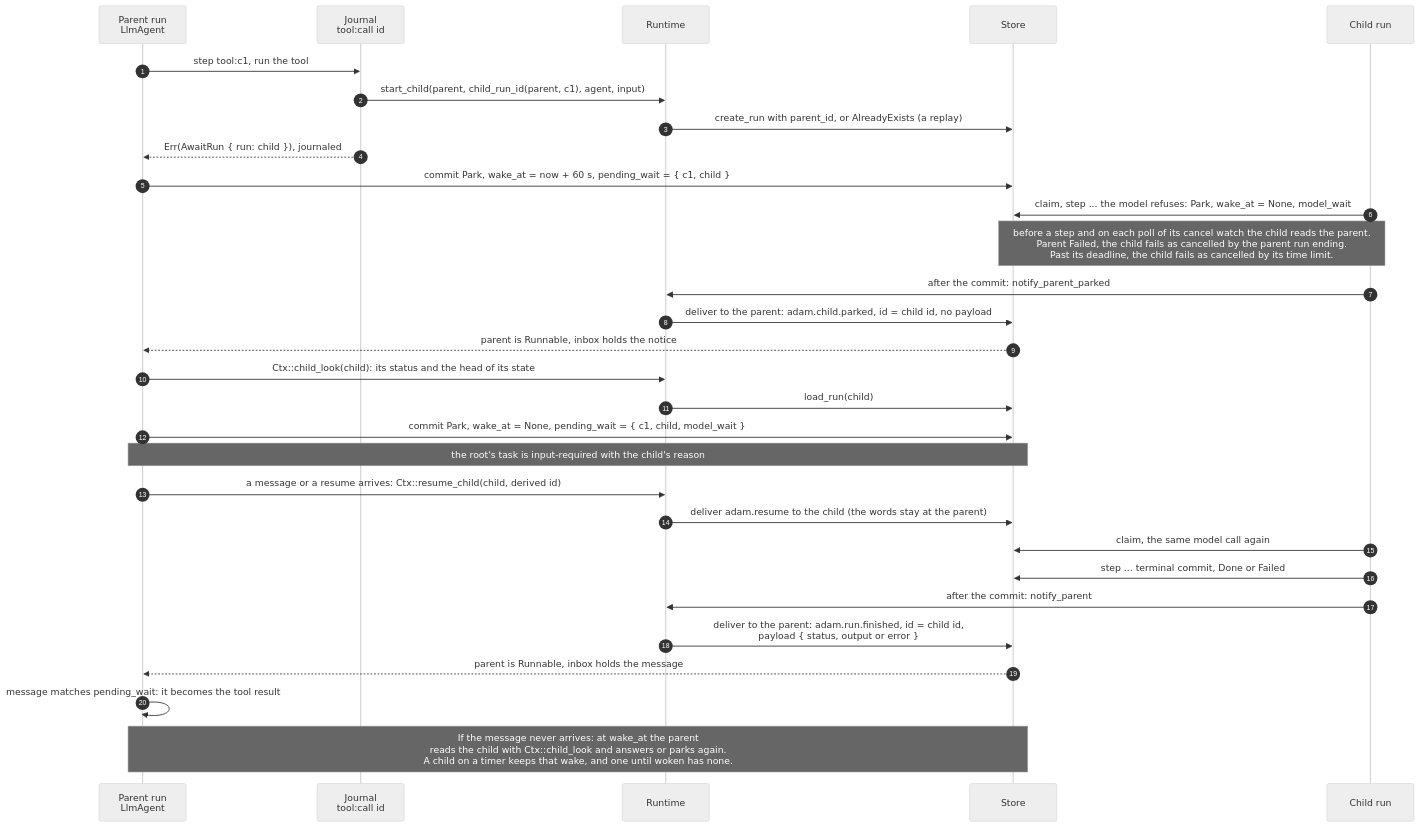
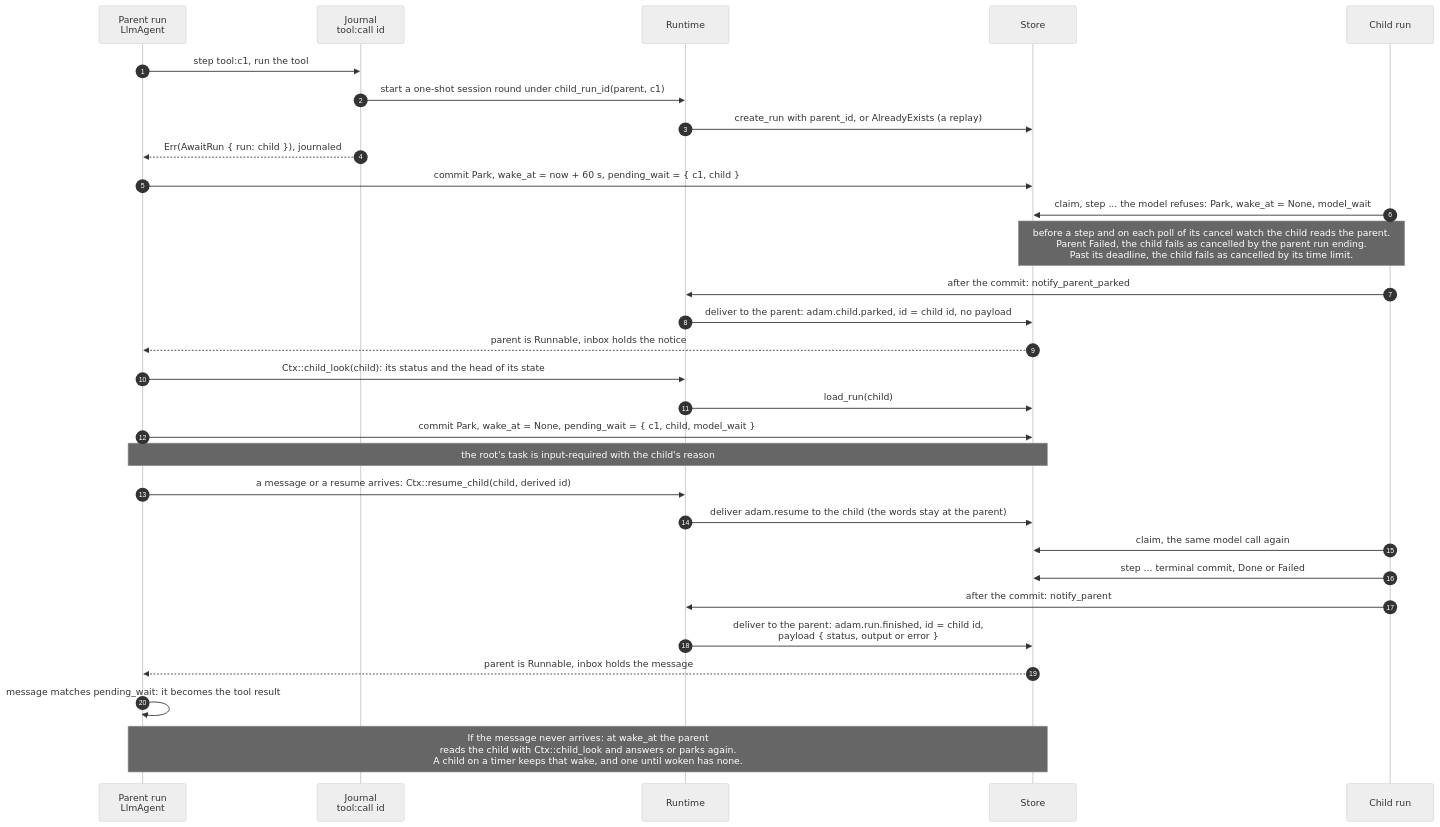
Diagram 21 of 28 in docs/architecture.md (vymalo/another-adam-rs), drawn with Mermaid (neutral theme) before and after one commit. The commit also changed other lines of this file and 18 other files, not shown here.

First line of the commit message:
feat(subagents): a subagent's own tool starts a one-shot session (ADR 0087 slice C1)

````diff
--- a/docs/architecture.md
+++ b/docs/architecture.md
@@ -1368,33 +1382,33 @@
 ```mermaid
 sequenceDiagram
     autonumber
     participant P as Parent run<br/>LlmAgent
     participant J as Journal<br/>tool:call id
     participant R as Runtime
     participant DB as Store
     participant C as Child run
 
     P->>J: step tool:c1, run the tool
-    J->>R: start_child(parent, child_run_id(parent, c1), agent, input)
+    J->>R: start a one-shot session round under child_run_id(parent, c1)
     R->>DB: create_run with parent_id, or AlreadyExists (a replay)
     J-->>P: Err(AwaitRun { run: child }), journaled
     P->>DB: commit Park, wake_at = now + 60 s, pending_wait = { c1, child }
     C->>DB: claim, step ... the model refuses: Park, wake_at = None, model_wait
     Note over C,DB: before a step and on each poll of its cancel watch the child reads the parent.<br/>Parent Failed, the child fails as cancelled by the parent run ending.<br/>Past its deadline, the child fails as cancelled by its time limit.
     C->>R: after the commit: notify_parent_parked
     R->>DB: deliver to the parent: adam.child.parked, id = child id, no payload
     DB-->>P: parent is Runnable, inbox holds the notice
     P->>R: Ctx::child_look(child): its status and the head of its state
     R->>DB: load_run(child)
     P->>DB: commit Park, wake_at = None, pending_wait = { c1, child, model_wait }
     Note over P,DB: the root's task is input-required with the child's reason
     P->>R: a message or a resume arrives: Ctx::resume_child(child, derived id)
     R->>DB: deliver adam.resume to the child (the words stay at the parent)
     C->>DB: claim, the same model call again
     C->>DB: step ... terminal commit, Done or Failed
     C->>R: after the commit: notify_parent
     R->>DB: deliver to the parent: adam.run.finished, id = child id,<br/>payload { status, output or error }
     DB-->>P: parent is Runnable, inbox holds the message
     P->>P: message matches pending_wait: it becomes the tool result
     Note over P,DB: If the message never arrives: at wake_at the parent<br/>reads the child with Ctx::child_look and answers or parks again.<br/>A child on a timer keeps that wake, and one until woken has none.
 ```
````
